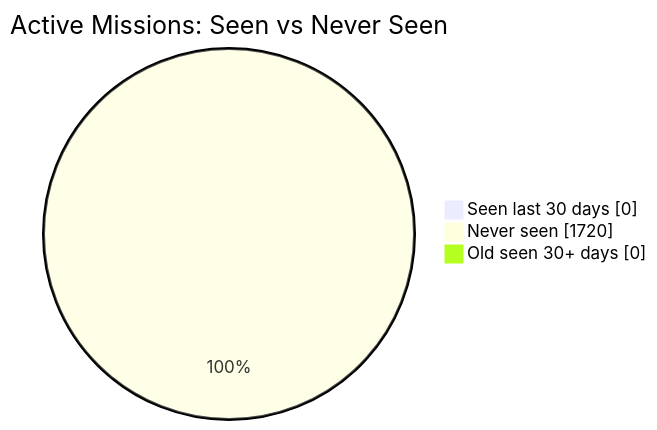
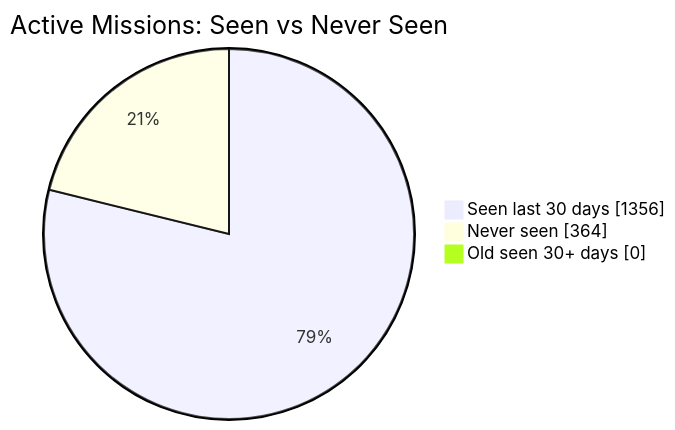
Before and after one commit to MeldkamerspelGameTeam/active-missions: the first of 2 diagrams in README.md, drawn with Mermaid. The commit also changed other lines of this file and 3 other files, not shown here.

````diff
--- a/README.md
+++ b/README.md
@@ -34,7 +34,7 @@
 ```mermaid
 pie showData
     title Active Missions: Seen vs Never Seen
-    "Seen last 30 days" : 0
-    "Never seen" : 1720
+    "Seen last 30 days" : 1356
+    "Never seen" : 364
     "Old seen 30+ days" : 0
 ```
````
